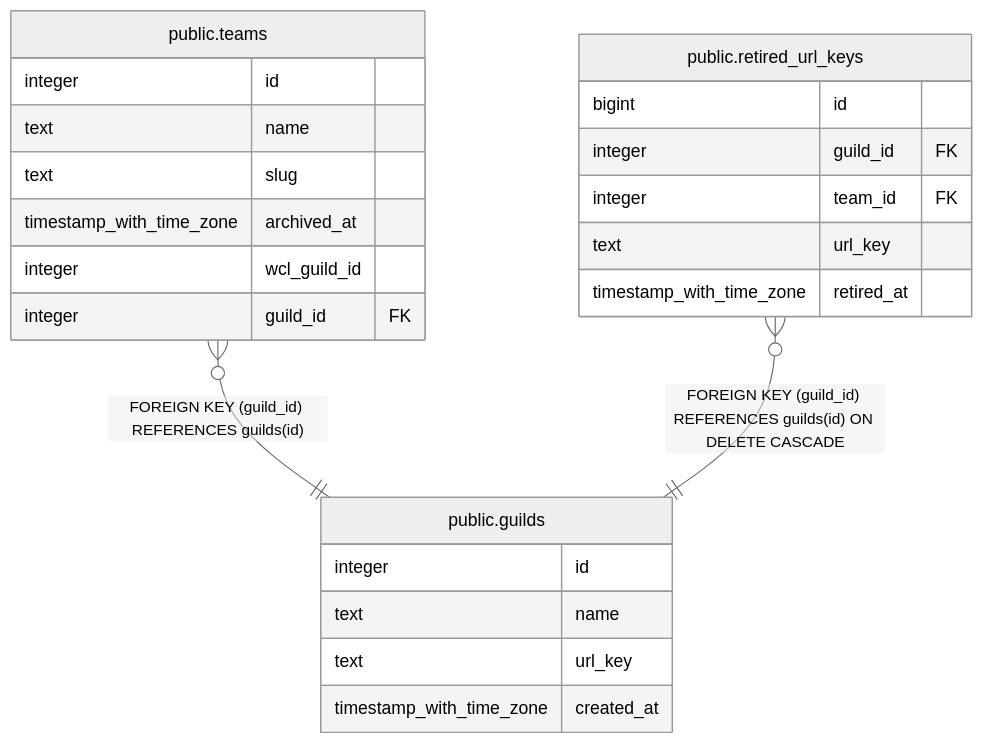
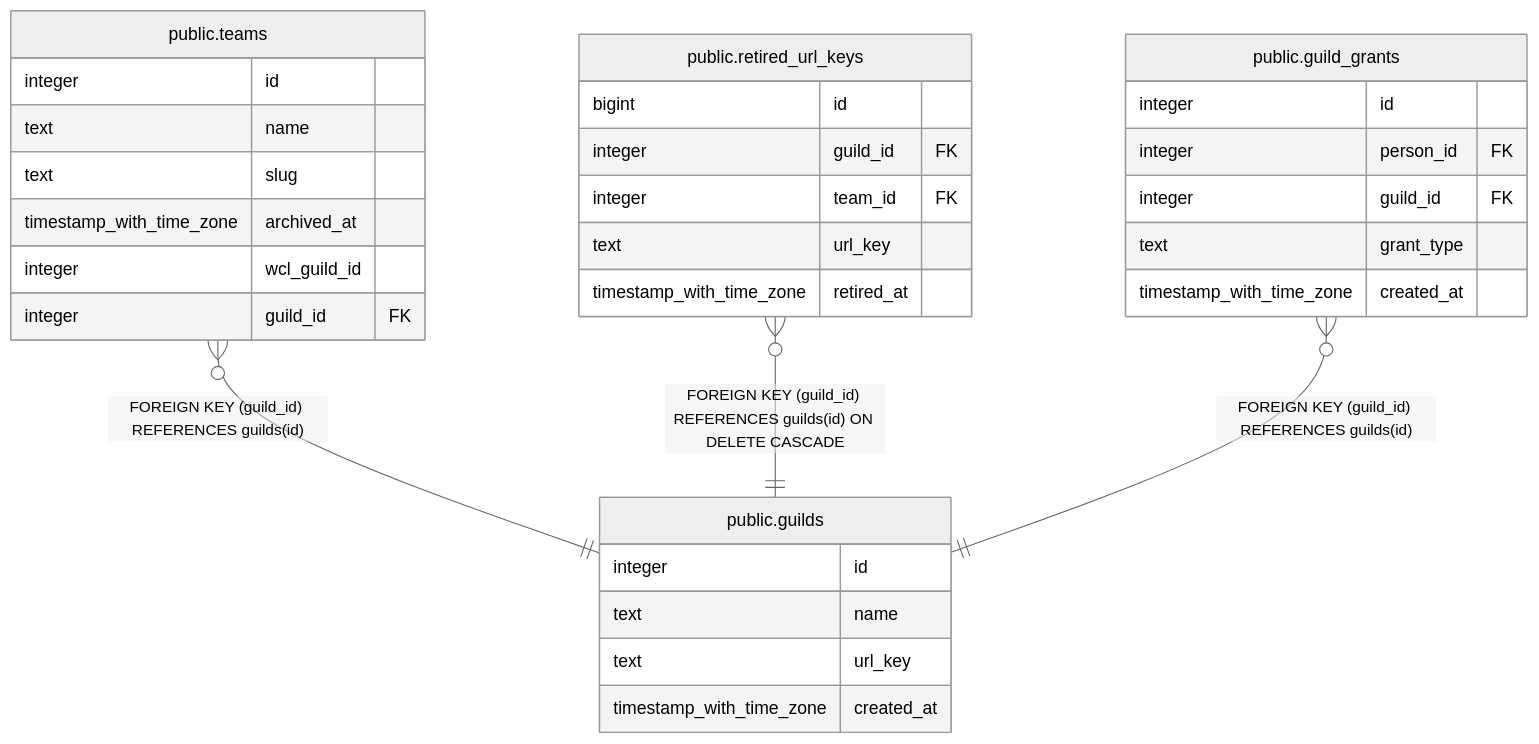
The diagram in dbdoc/public.guilds.md (katogaming88/WGA-Raid-Hub), drawn with Mermaid (neutral theme) before and after one commit. The commit also changed other lines of this file and 61 other files, not shown here.

First line of the commit message:
One guild_grants table replaces the site admin, guild officer and BoE manager tables (v3.124.0)

````diff
--- a/dbdoc/public.guilds.md
+++ b/dbdoc/public.guilds.md
@@ -41,28 +41,36 @@
 ```mermaid
 erDiagram
 
 "public.teams" }o--|| "public.guilds" : "FOREIGN KEY (guild_id) REFERENCES guilds(id)"
 "public.retired_url_keys" }o--|| "public.guilds" : "FOREIGN KEY (guild_id) REFERENCES guilds(id) ON DELETE CASCADE"
+"public.guild_grants" }o--|| "public.guilds" : "FOREIGN KEY (guild_id) REFERENCES guilds(id)"
 
 "public.guilds" {
   integer id
   text name
   text url_key
   timestamp_with_time_zone created_at
 }
 "public.teams" {
   integer id
   text name
   text slug
   timestamp_with_time_zone archived_at
   integer wcl_guild_id
   integer guild_id FK
 }
 "public.retired_url_keys" {
   bigint id
   integer guild_id FK
   integer team_id FK
   text url_key
   timestamp_with_time_zone retired_at
 }
+"public.guild_grants" {
+  integer id
+  integer person_id FK
+  integer guild_id FK
+  text grant_type
+  timestamp_with_time_zone created_at
+}
 ```
````
